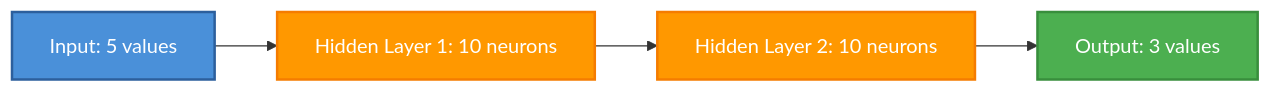
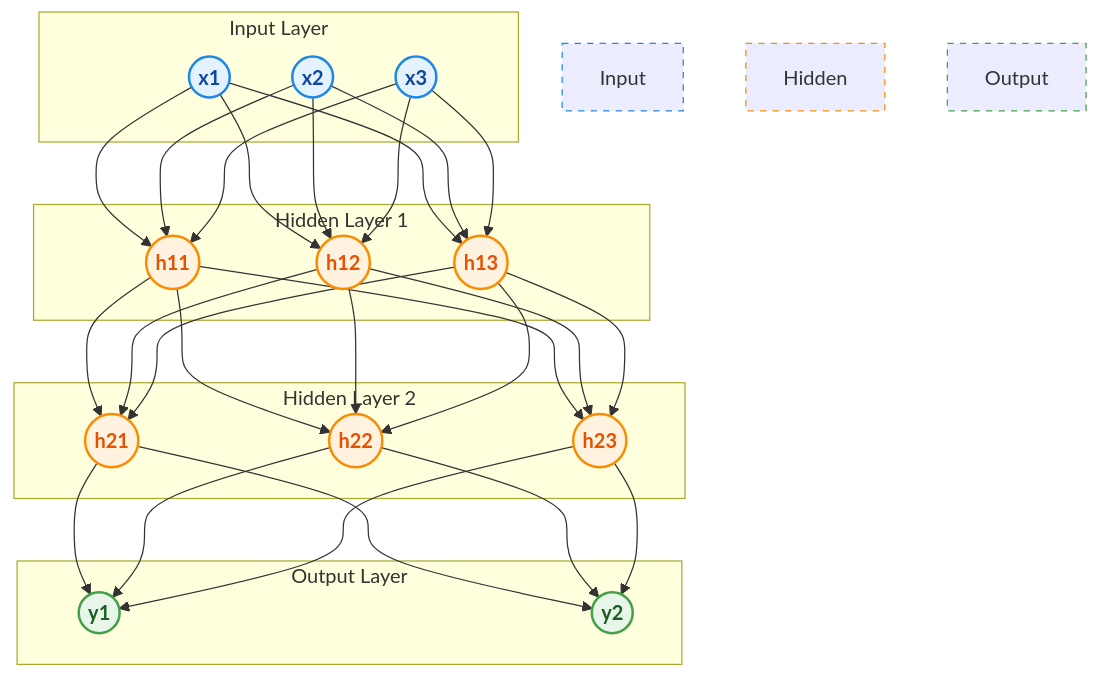
One commit to Parv17k/llm-fine-tuning-guide changed the fifth of 12 diagrams in content/00-neural-networks-basics/00-neural-networks-basics.md. Above: the diagram before and after it, drawn with Mermaid. The commit also changed other lines of this file and 3 other files, not shown here.

````diff
--- a/content/00-neural-networks-basics/00-neural-networks-basics.md
+++ b/content/00-neural-networks-basics/00-neural-networks-basics.md
@@ -105,11 +134,55 @@
 ```mermaid
-flowchart LR
-    Input[Input: 5 values] --> Hidden1[Hidden Layer 1: 10 neurons]
-    Hidden1 --> Hidden2[Hidden Layer 2: 10 neurons]
-    Hidden2 --> Output[Output: 3 values]
-    
-    style Input fill:#4a90d9,stroke:#2c5f9d,color:#ffffff,stroke-width:2px
-    style Hidden1 fill:#ff9800,stroke:#f57c00,color:#ffffff,stroke-width:2px
-    style Hidden2 fill:#ff9800,stroke:#f57c00,color:#ffffff,stroke-width:2px
-    style Output fill:#4caf50,stroke:#388e3c,color:#ffffff,stroke-width:2px
+graph TD
+%% Layer Layout Setup
+    subgraph Input Layer
+        I1(("x1"))
+        I2(("x2"))
+        I3(("x3"))
+    end
+
+    subgraph Hidden Layer 1
+        H11(("h11"))
+        H12(("h12"))
+        H13(("h13"))
+    end
+
+    subgraph Hidden Layer 2
+        H21(("h21"))
+        H22(("h22"))
+        H23(("h23"))
+    end
+
+    subgraph Output Layer
+        O1(("y1"))
+        O2(("y2"))
+    end
+
+%% Sequential Connection Ordering
+    I1 --> H11 & H12 & H13
+    I2 --> H11 & H12 & H13
+    I3 --> H11 & H12 & H13
+
+    H11 --> H21 & H22 & H23
+    H12 --> H21 & H22 & H23
+    H13 --> H21 & H22 & H23
+
+    H21 --> O1 & O2
+    H22 --> O1 & O2
+    H23 --> O1 & O2
+
+%% High-Contrast Styling
+    classDef ip fill:#E3F2FD,stroke:#1E88E5,color:#0D47A1,stroke-width:2px,font-weight:bold
+    classDef hl fill:#FFF3E0,stroke:#FB8C00,color:#E65100,stroke-width:2px,font-weight:bold
+    classDef op fill:#E8F5E9,stroke:#43A047,color:#1B5E20,stroke-width:2px,font-weight:bold
+
+    class I1,I2,I3 ip
+    class H11,H12,H13,H21,H22,H23 hl
+    class O1,O2 op
+
+%% Box Borders
+    style Input Layer fill:none,stroke:#1E88E5,stroke-dasharray: 5 5
+    style Hidden Layer 1 fill:none,stroke:#FB8C00,stroke-dasharray: 5 5
+    style Hidden Layer 2 fill:none,stroke:#FB8C00,stroke-dasharray: 5 5
+    style Output Layer fill:none,stroke:#43A047,stroke-dasharray: 5 5
+
 ```
````
